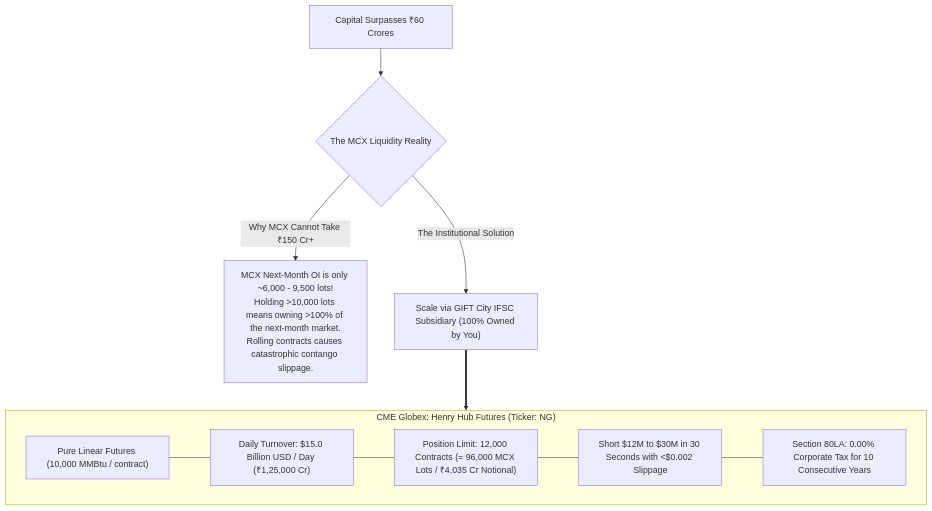
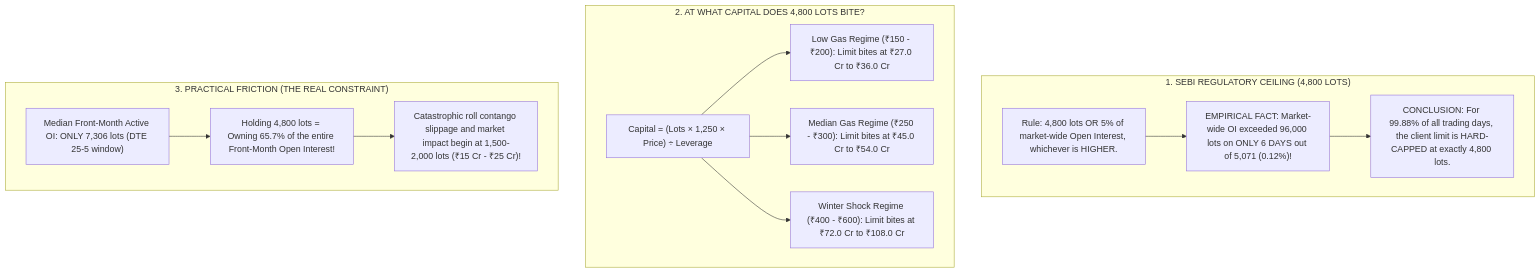
The third of 5 diagrams in models/execution_and_tax_validation_plan.md (yieldchaser/mcx-margins), drawn with Mermaid before and after one commit. The commit also changed other lines of this file, not shown here.

Commit message:
docs(plan): add empirical swing decomposition and 40-50% cash buffer sizing analysis

````diff
--- a/models/execution_and_tax_validation_plan.md
+++ b/models/execution_and_tax_validation_plan.md
@@ -190,19 +91,24 @@
 ```mermaid
 flowchart TD
-    Cap["Capital Surpasses ₹60 Crores"] --> Dilemma{"The MCX Liquidity Reality"}
-    
-    Dilemma -->|"Why MCX Cannot Take ₹150 Cr+" | Friction["MCX Next-Month OI is only ~6,000 - 9,500 lots!<br/>Holding >10,000 lots means owning >100% of the next-month market.<br/>Rolling contracts causes catastrophic contango slippage."]
-    
-    Dilemma -->|"The Institutional Solution"| Global["Scale via GIFT City IFSC Subsidiary (100% Owned by You)"]
-    
-    subgraph CME["CME Globex: Henry Hub Futures (Ticker: NG)"]
-        C1["Pure Linear Futures (10,000 MMBtu / contract)"]
-        C2["Daily Turnover: $15.0 Billion USD / Day (₹1,25,000 Cr)"]
-        C3["Position Limit: 12,000 Contracts (= 96,000 MCX Lots / ₹4,035 Cr Notional)"]
-        C4["Short $12M to $30M in 30 Seconds with <$0.002 Slippage"]
-        C5["Section 80LA: 0.00% Corporate Tax for 10 Consecutive Years"]
-        C1 --- C2 --- C3 --- C4 --- C5
+    subgraph Legal["1. SEBI REGULATORY CEILING (4,800 LOTS)"]
+        R1["Rule: 4,800 lots OR 5% of market-wide Open Interest, whichever is HIGHER."]
+        R2["EMPIRICAL FACT: Market-wide OI exceeded 96,000 lots on ONLY 6 DAYS out of 5,071 (0.12%)!"]
+        R3["CONCLUSION: For 99.88% of all trading days, the client limit is HARD-CAPPED at exactly 4,800 lots."]
+        R1 --> R2 --> R3
     end
-    
-    Global ==> CME
+
+    subgraph Capital["2. AT WHAT CAPITAL DOES 4,800 LOTS BITE?"]
+        C1["Capital = (Lots × 1,250 × Price) ÷ Leverage"]
+        C2["Low Gas Regime (₹150 - ₹200): Limit bites at ₹27.0 Cr to ₹36.0 Cr"]
+        C3["Median Gas Regime (₹250 - ₹300): Limit bites at ₹45.0 Cr to ₹54.0 Cr"]
+        C4["Winter Shock Regime (₹400 - ₹600): Limit bites at ₹72.0 Cr to ₹108.0 Cr"]
+        C1 --> C2 & C3 & C4
+    end
+
+    subgraph Friction["3. PRACTICAL FRICTION (THE REAL CONSTRAINT)"]
+        F1["Median Front-Month Active OI: ONLY 7,306 lots (DTE 25-5 window)"]
+        F2["Holding 4,800 lots = Owning 65.7% of the entire Front-Month Open Interest!"]
+        F3["Catastrophic roll contango slippage and market impact begin at 1,500-2,000 lots (₹15 Cr - ₹25 Cr)!"]
+        F1 --> F2 --> F3
+    end
 ```
````
